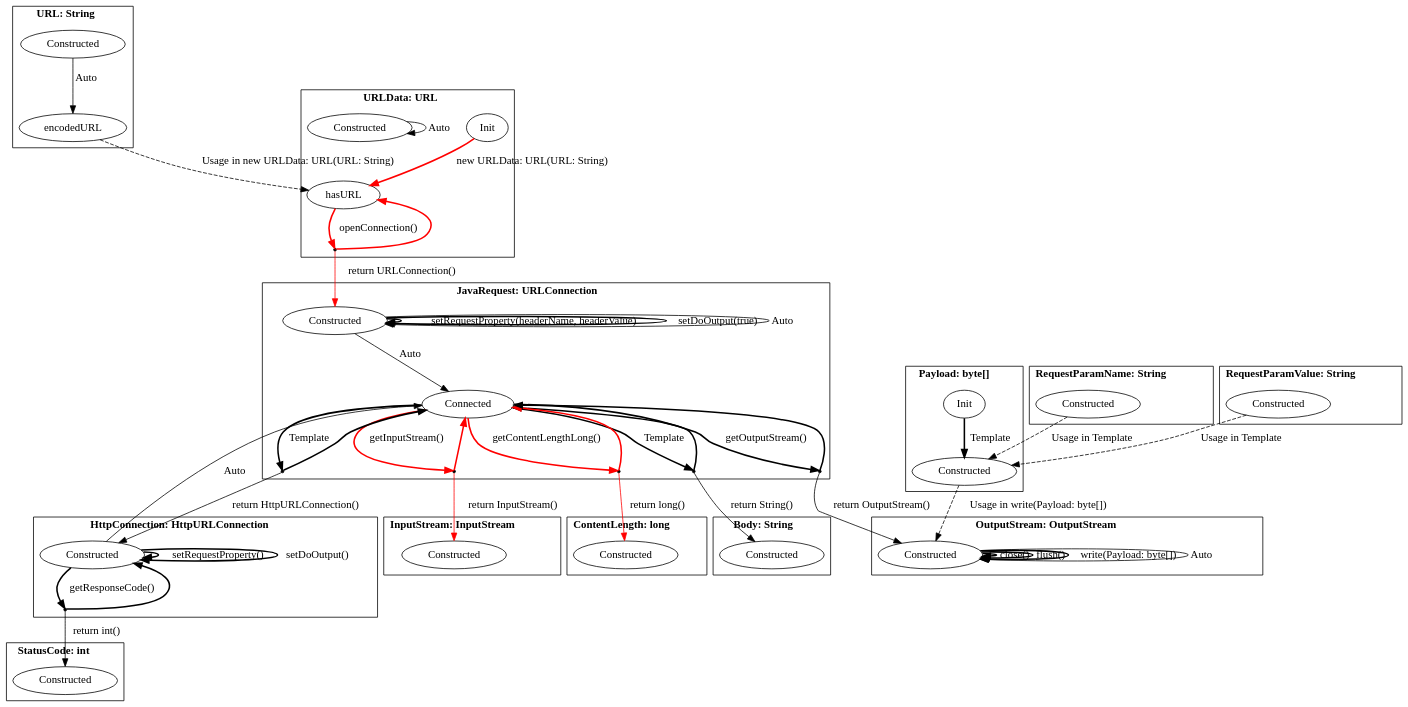
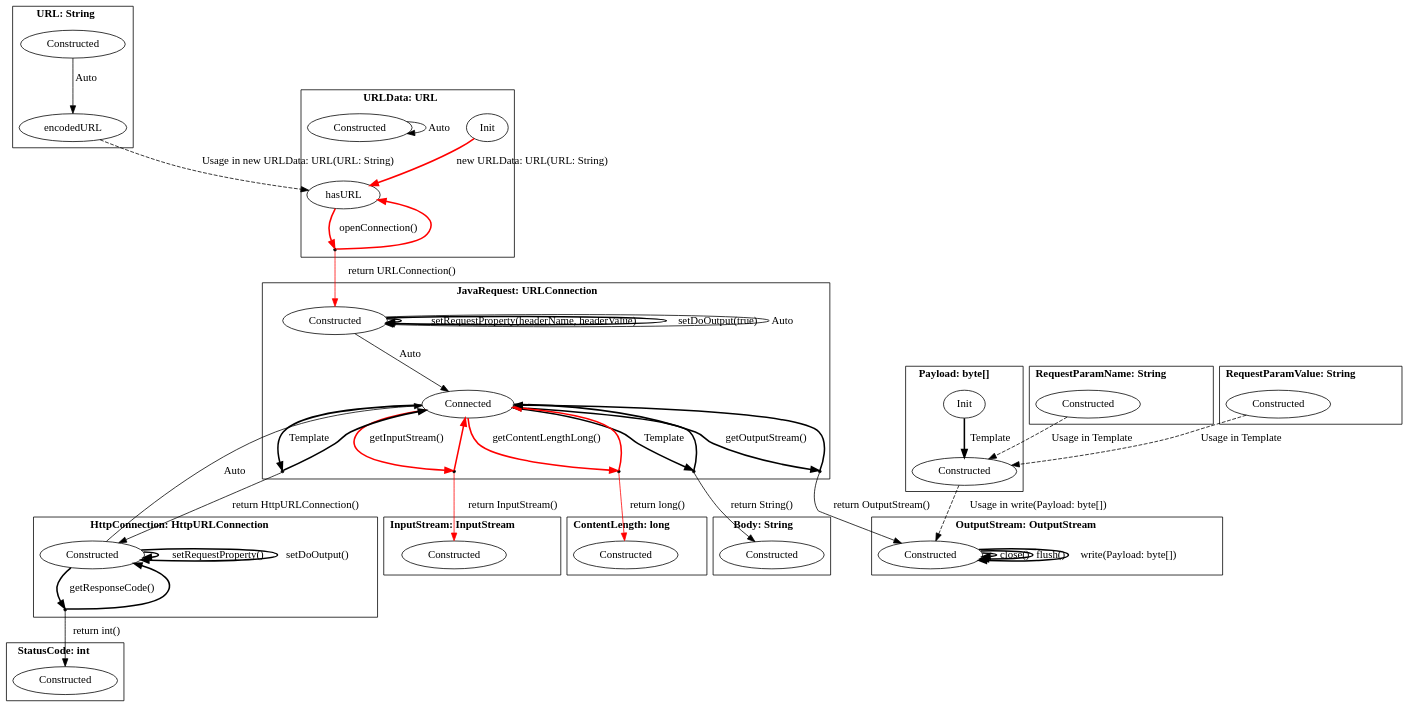
Before and after one commit to h31/LibraryMigration: the diagram in pictures/extracted_javaIf.dot, drawn with Graphviz. The commit also changed 9 other files, not shown here.

```diff
--- a/pictures/extracted_javaIf.dot
+++ b/pictures/extracted_javaIf.dot
@@ -1,103 +1,102 @@
 digraph G {
     bgcolor="transparent";
     subgraph cluster0 {
     label = <<B>URL: String</B>>;
         Constructed_URL [ label="Constructed" ];
         encodedURL_URL [ label="encodedURL" ];
     }
     subgraph cluster1 {
     label = <<B>URLData: URL</B>>;
         Init_URLData [ label="Init" ];
         hasURL_URLData [ label="hasURL" ];
         Constructed_URLData [ label="Constructed" ];
         virtual0 [ shape = point ];
     }
     subgraph cluster2 {
     label = <<B>JavaRequest: URLConnection</B>>;
         Constructed_JavaRequest [ label="Constructed" ];
         Connected_JavaRequest [ label="Connected" ];
         virtual1 [ shape = point ];
         virtual2 [ shape = point ];
         virtual3 [ shape = point ];
         virtual4 [ shape = point ];
         virtual5 [ shape = point ];
     }
     subgraph cluster3 {
     label = <<B>Body: String</B>>;
         Constructed_Body [ label="Constructed" ];
     }
     subgraph cluster4 {
     label = <<B>InputStream: InputStream</B>>;
         Constructed_InputStream [ label="Constructed" ];
     }
     subgraph cluster5 {
     label = <<B>ContentLength: long</B>>;
         Constructed_ContentLength [ label="Constructed" ];
     }
     subgraph cluster6 {
     label = <<B>StatusCode: int</B>>;
         Constructed_StatusCode [ label="Constructed" ];
     }
     subgraph cluster7 {
     label = <<B>HttpConnection: HttpURLConnection</B>>;
         Constructed_HttpConnection [ label="Constructed" ];
         virtual6 [ shape = point ];
     }
     subgraph cluster8 {
     label = <<B>OutputStream: OutputStream</B>>;
         Constructed_OutputStream [ label="Constructed" ];
     }
     subgraph cluster9 {
     label = <<B>Payload: byte[]</B>>;
         Init_Payload [ label="Init" ];
         Constructed_Payload [ label="Constructed" ];
     }
     subgraph cluster10 {
     label = <<B>RequestParamName: String</B>>;
         Constructed_RequestParamName [ label="Constructed" ];
     }
     subgraph cluster11 {
     label = <<B>RequestParamValue: String</B>>;
         Constructed_RequestParamValue [ label="Constructed" ];
     }
         Constructed_URL -> encodedURL_URL [ label="Auto", style = "solid"  ];
         encodedURL_URL -> hasURL_URLData [ label="Usage in new URLData: URL(URL: String)", style = "dashed"  ];
         Init_URLData -> hasURL_URLData [ label="new URLData: URL(URL: String)", style = "bold" , color = red ];
         hasURL_URLData -> virtual0 [ style = "bold" label="openConnection()" , color = red ];
         virtual0 -> hasURL_URLData [ style = "bold" , color = red ];
         virtual0 -> Constructed_JavaRequest [ label="return URLConnection()" , color = red ];
         Constructed_URLData -> Constructed_URLData [ label="Auto", style = "solid"  ];
         Constructed_JavaRequest -> Connected_JavaRequest [ label="Auto", style = "solid"  ];
         Connected_JavaRequest -> virtual1 [ style = "bold" label="Template"  ];
         virtual1 -> Connected_JavaRequest [ style = "bold"  ];
         virtual1 -> Constructed_Body [ label="return String()"  ];
         Connected_JavaRequest -> virtual2 [ style = "bold" label="getInputStream()" , color = red ];
         virtual2 -> Connected_JavaRequest [ style = "bold" , color = red ];
         virtual2 -> Constructed_InputStream [ label="return InputStream()" , color = red ];
         Constructed_JavaRequest -> Constructed_JavaRequest [ label="setRequestProperty(headerName, headerValue)", style = "bold"  ];
         Constructed_JavaRequest -> Constructed_JavaRequest [ label="setDoOutput(true)", style = "bold"  ];
         Connected_JavaRequest -> virtual3 [ style = "bold" label="getContentLengthLong()" , color = red ];
         virtual3 -> Connected_JavaRequest [ style = "bold" , color = red ];
         virtual3 -> Constructed_ContentLength [ label="return long()" , color = red ];
         Connected_JavaRequest -> virtual4 [ style = "bold" label="getOutputStream()"  ];
         virtual4 -> Connected_JavaRequest [ style = "bold"  ];
         virtual4 -> Constructed_OutputStream [ label="return OutputStream()"  ];
         Connected_JavaRequest -> virtual5 [ style = "bold" label="Template"  ];
         virtual5 -> Connected_JavaRequest [ style = "bold"  ];
         virtual5 -> Constructed_HttpConnection [ label="return HttpURLConnection()"  ];
         Constructed_JavaRequest -> Constructed_JavaRequest [ label="Auto", style = "solid"  ];
         Constructed_HttpConnection -> Connected_JavaRequest [ label="Auto", style = "solid"  ];
         Constructed_HttpConnection -> virtual6 [ style = "bold" label="getResponseCode()"  ];
         virtual6 -> Constructed_HttpConnection [ style = "bold"  ];
         virtual6 -> Constructed_StatusCode [ label="return int()"  ];
         Constructed_HttpConnection -> Constructed_HttpConnection [ label="setRequestProperty()", style = "bold"  ];
         Constructed_HttpConnection -> Constructed_HttpConnection [ label="setDoOutput()", style = "bold"  ];
         Constructed_OutputStream -> Constructed_OutputStream [ label="close()", style = "bold"  ];
         Constructed_OutputStream -> Constructed_OutputStream [ label="flush()", style = "bold"  ];
         Constructed_OutputStream -> Constructed_OutputStream [ label="write(Payload: byte[])", style = "bold"  ];
-        Constructed_OutputStream -> Constructed_OutputStream [ label="Auto", style = "solid"  ];
         Init_Payload -> Constructed_Payload [ label="Template", style = "bold"  ];
         Constructed_Payload -> Constructed_OutputStream [ label="Usage in write(Payload: byte[])", style = "dashed"  ];
         Constructed_RequestParamName -> Constructed_Payload [ label="Usage in Template", style = "dashed"  ];
         Constructed_RequestParamValue -> Constructed_Payload [ label="Usage in Template", style = "dashed"  ];
 }
```
